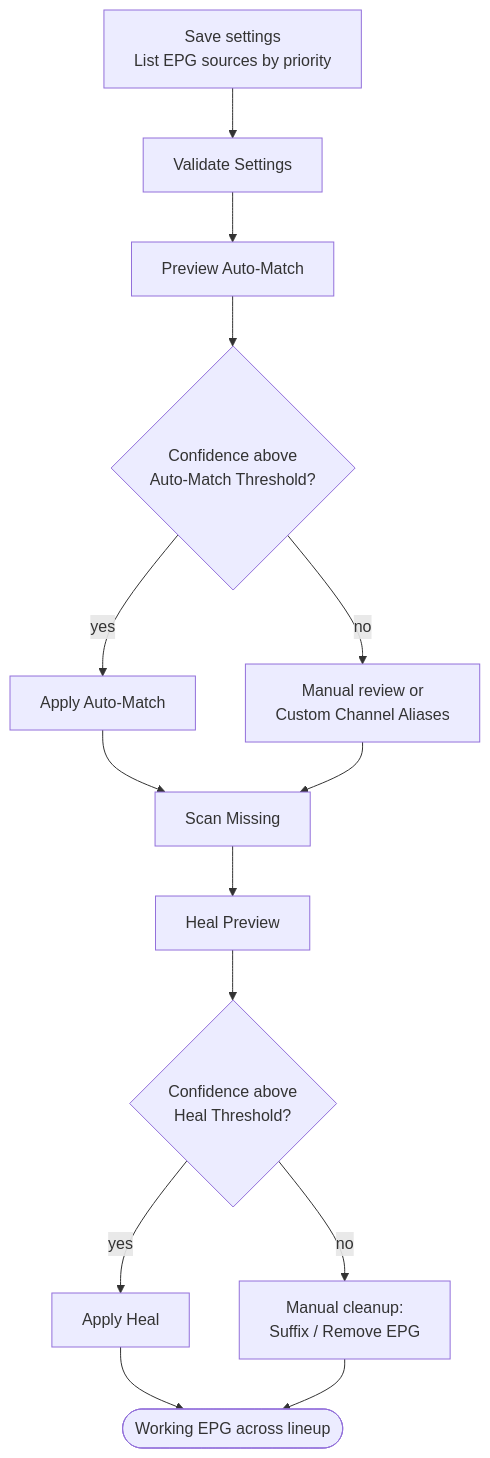
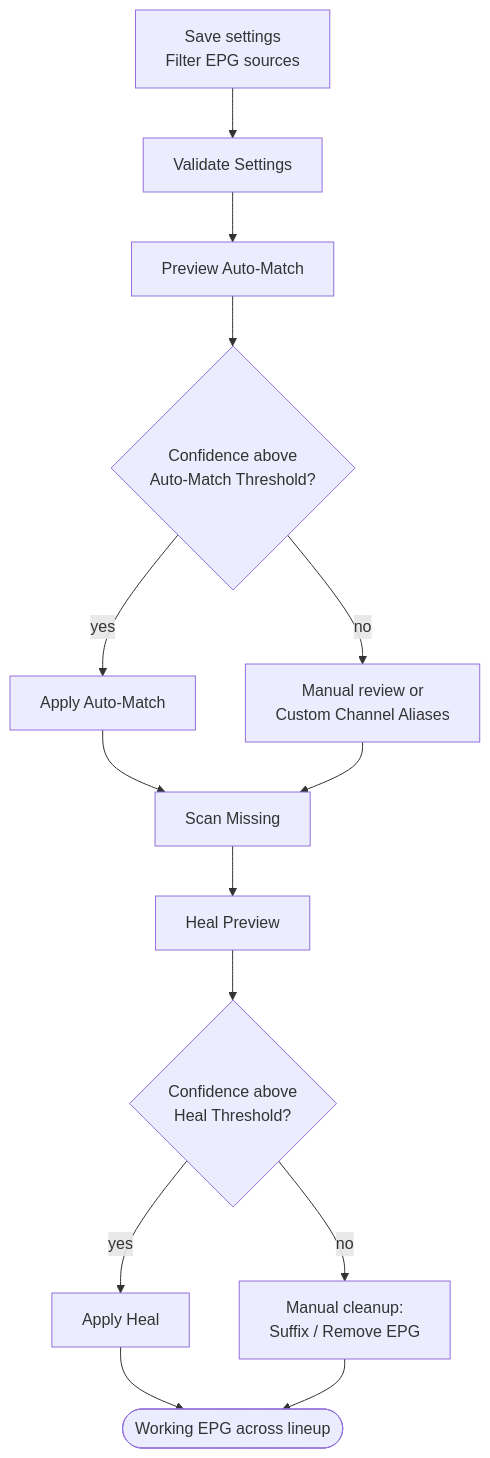
Before and after one commit to PiratesIRC/Dispatcharr-Plugin-Workflow: the diagram in docs/workflow/04-epg-janitor.md, drawn with Mermaid. The commit also changed other lines of this file and 9 other files, not shown here.

````diff
--- a/docs/workflow/04-epg-janitor.md
+++ b/docs/workflow/04-epg-janitor.md
@@ -16,16 +28,16 @@
 ```mermaid
 flowchart TD
-    A["Save settings<br/>List EPG sources by priority"] --> B["Validate Settings"]
+    A["Save settings<br/>Filter EPG sources"] --> B["Validate Settings"]
     B --> C["Preview Auto-Match"]
     C --> D{"Confidence above<br/>Auto-Match Threshold?"}
     D -->|yes| E["Apply Auto-Match"]
     D -->|no| F["Manual review or<br/>Custom Channel Aliases"]
     E --> G["Scan Missing"]
     F --> G
     G --> H["Heal Preview"]
     H --> I{"Confidence above<br/>Heal Threshold?"}
     I -->|yes| J["Apply Heal"]
     I -->|no| K["Manual cleanup:<br/>Suffix / Remove EPG"]
     J --> Z(["Working EPG across lineup"])
     K --> Z
 ```
````
